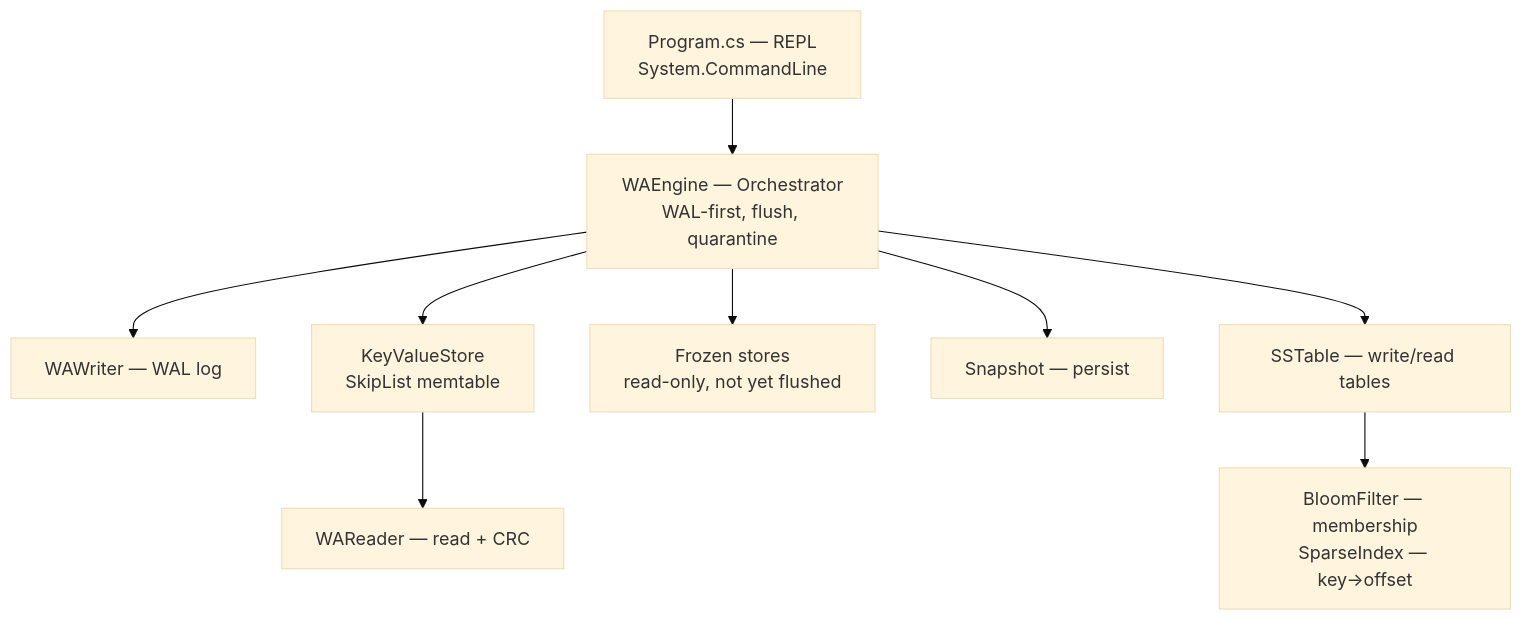
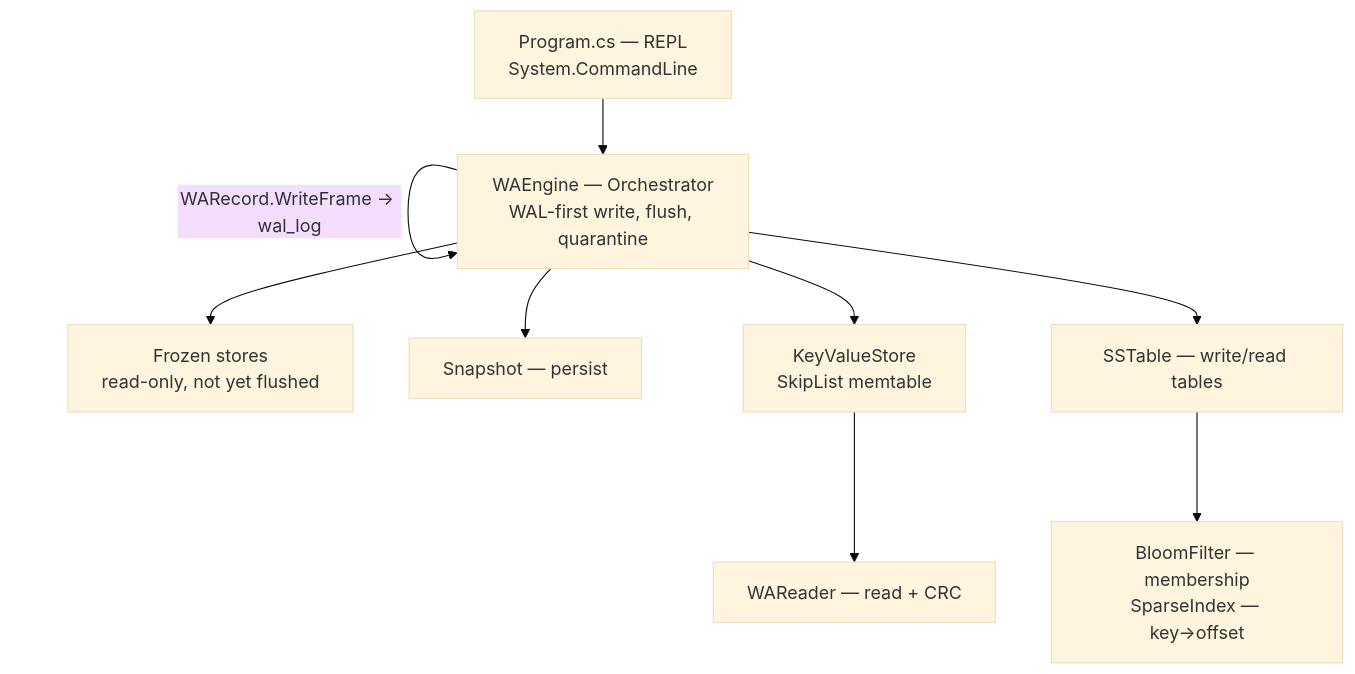
The diagram in docs/DESIGN.md (Eslam-LC/kv_store), drawn with Mermaid (base theme) before and after one commit. The commit also changed other lines of this file and 1 other file, not shown here.

````diff
--- a/docs/DESIGN.md
+++ b/docs/DESIGN.md
@@ -51,21 +51,20 @@
 ```mermaid
 flowchart TB
     CLI["Program.cs — REPL\nSystem.CommandLine"]
-    Engine["WAEngine — Orchestrator\nWAL-first, flush, quarantine"]
-    Writer["WAWriter — WAL log"]
+    Engine["WAEngine — Orchestrator\nWAL-first write, flush, quarantine"]
     Store["KeyValueStore\nSkipList memtable"]
     Frozen["Frozen stores\nread-only, not yet flushed"]
     Snap["Snapshot — persist"]
     Reader["WAReader — read + CRC"]
     SST["SSTable — write/read tables"]
     Br["BloomFilter — membership<br/>SparseIndex — key→offset"]
 
     CLI --> Engine
-    Engine --> Writer
+    Engine --"WARecord.WriteFrame → wal_log"--> Engine
     Engine --> Store
     Engine --> Snap
     Engine --> Frozen
     Store --> Reader
     Engine --> SST
     SST --> Br
 ```
````
